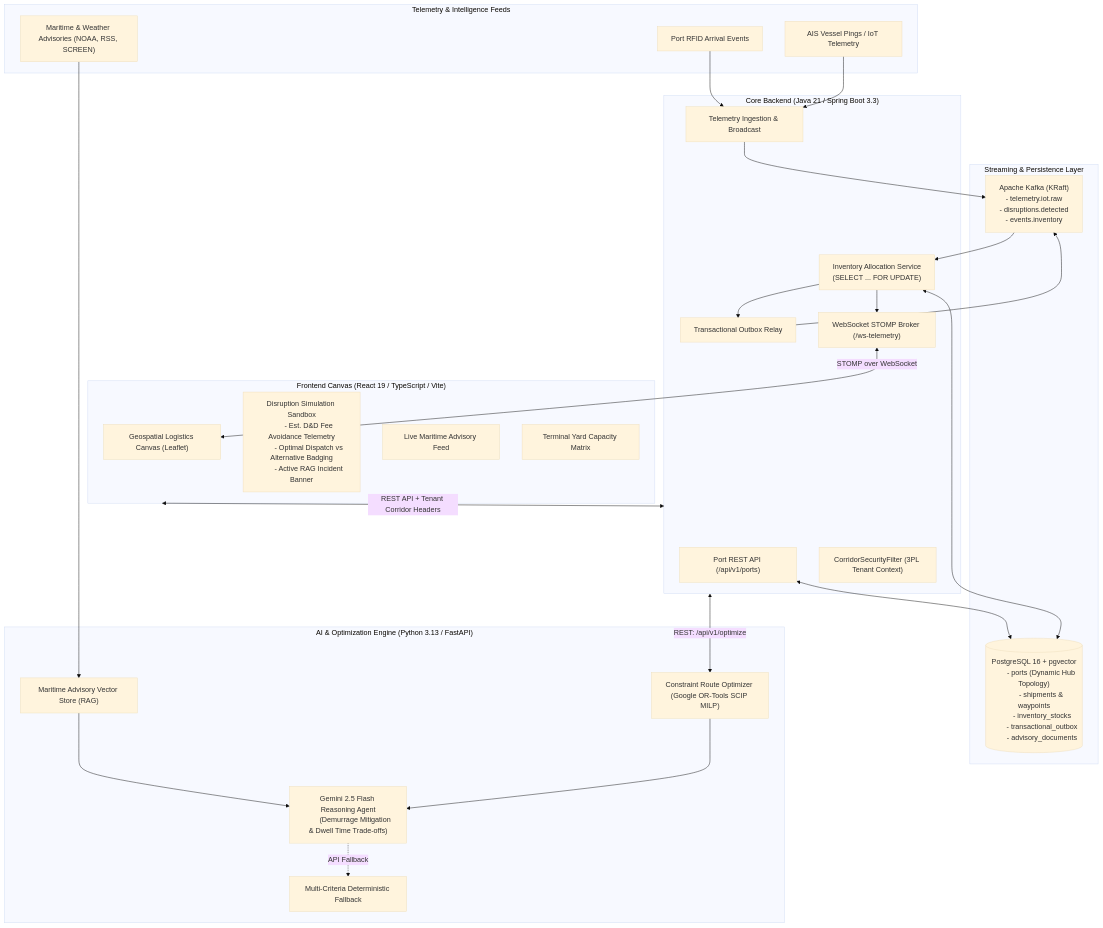
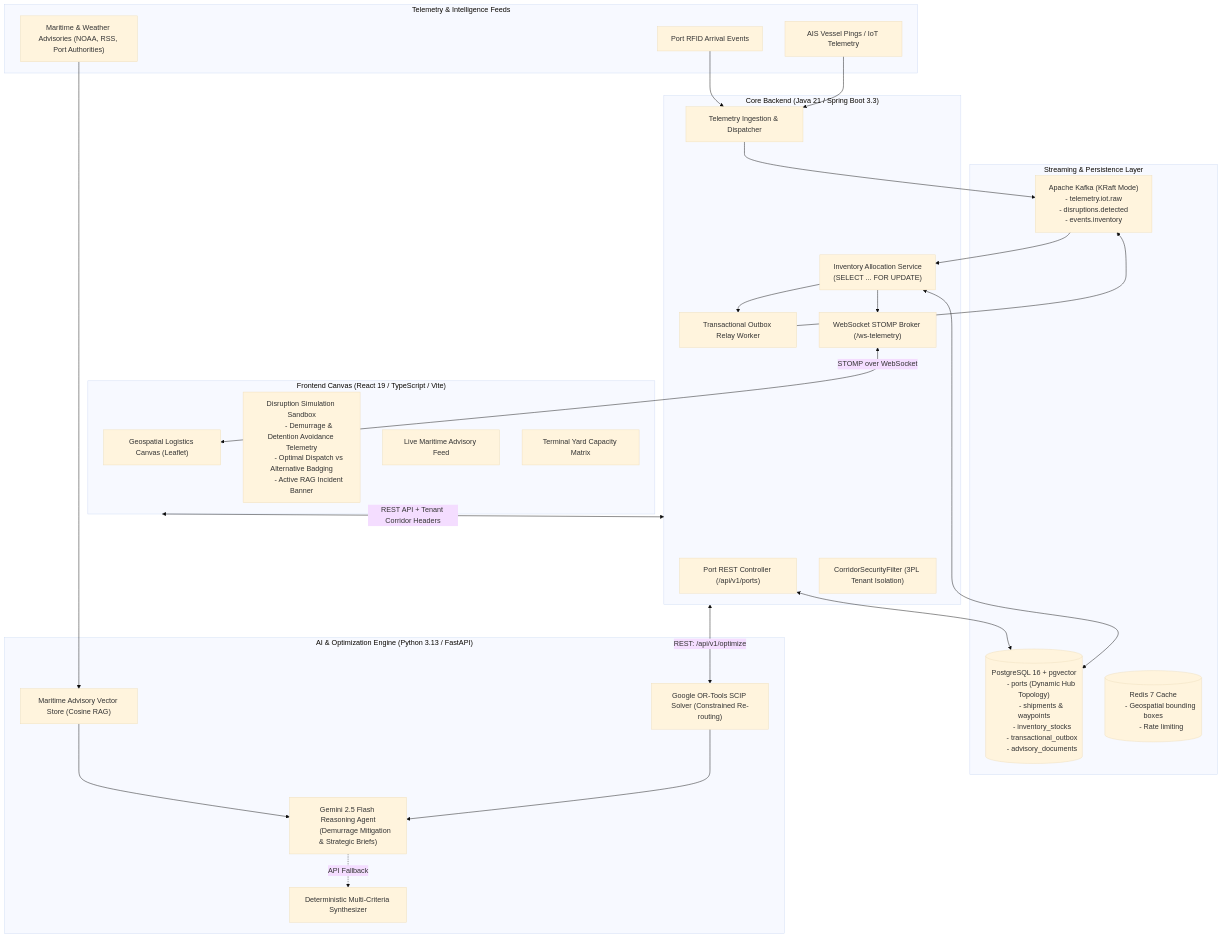
One commit to Harshabobbiti626/Supply-Chain-Copilot changed the first of 2 diagrams in README.md. Above: the diagram before and after it, drawn with Mermaid (base theme). The commit also changed other lines of this file and 4 other files, not shown here.

Commit message:
docs: enrich README showcase with role-based matrix, architecture sequence, and dashboard preview

````diff
--- a/README.md
+++ b/README.md
@@ -11,69 +47,74 @@
 ```mermaid
 flowchart TD
     subgraph ExternalFeeds["Telemetry & Intelligence Feeds"]
         AIS["AIS Vessel Pings / IoT Telemetry"]
         RFID["Port RFID Arrival Events"]
-        News["Maritime & Weather Advisories (NOAA, RSS, SCREEN)"]
+        Advisories["Maritime & Weather Advisories (NOAA, RSS, Port Authorities)"]
     end
 
-    subgraph MessagingStorage["Streaming & Persistence Layer"]
+    subgraph Persistence["Streaming & Persistence Layer"]
         Postgres[("PostgreSQL 16 + pgvector
         - ports (Dynamic Hub Topology)
         - shipments & waypoints
         - inventory_stocks
         - transactional_outbox
         - advisory_documents")]
-        Kafka["Apache Kafka (KRaft)
+        Kafka["Apache Kafka (KRaft Mode)
         - telemetry.iot.raw
         - disruptions.detected
         - events.inventory"]
+        Redis[("Redis 7 Cache
+        - Geospatial bounding boxes
+        - Rate limiting")]
     end
 
-    subgraph JavaCore["Core Backend (Java 21 / Spring Boot 3.3)"]
-        PortController["Port REST API (/api/v1/ports)"]
-        IngestionService["Telemetry Ingestion & Broadcast"]
-        TenantSecurity["CorridorSecurityFilter (3PL Tenant Context)"]
+    subgraph JavaBackend["Core Backend (Java 21 / Spring Boot 3.3)"]
+        PortCtrl["Port REST Controller (/api/v1/ports)"]
+        IngestService["Telemetry Ingestion & Dispatcher"]
+        TenantFilter["CorridorSecurityFilter (3PL Tenant Isolation)"]
         AllocService["Inventory Allocation Service
         (SELECT ... FOR UPDATE)"]
-        OutboxRelay["Transactional Outbox Relay"]
+        OutboxRelay["Transactional Outbox Relay Worker"]
         WSServer["WebSocket STOMP Broker (/ws-telemetry)"]
     end
 
     subgraph PythonAI["AI & Optimization Engine (Python 3.13 / FastAPI)"]
-        VectorRAG["Maritime Advisory Vector Store (RAG)"]
-        CPSATSolver["Constraint Route Optimizer (Google OR-Tools SCIP MILP)"]
-        LLMAgent["Gemini 2.5 Flash Reasoning Agent
-        (Demurrage Mitigation & Dwell Time Trade-offs)"]
-        FallbackAgent["Multi-Criteria Deterministic Fallback"]
+        VectorRAG["Maritime Advisory Vector Store (Cosine RAG)"]
+        MILPSolver["Google OR-Tools SCIP Solver (Constrained Re-routing)"]
+        GeminiAgent["Gemini 2.5 Flash Reasoning Agent
+        (Demurrage Mitigation & Strategic Briefs)"]
+        FallbackAgent["Deterministic Multi-Criteria Synthesizer"]
     end
 
     subgraph ReactUI["Frontend Canvas (React 19 / TypeScript / Vite)"]
         GeoCanvas["Geospatial Logistics Canvas (Leaflet)"]
         SimSandbox["Disruption Simulation Sandbox
-        - Est. D&D Fee Avoidance Telemetry
+        - Demurrage & Detention Avoidance Telemetry
         - Optimal Dispatch vs Alternative Badging
         - Active RAG Incident Banner"]
         DisruptionFeed["Live Maritime Advisory Feed"]
-        CapacityMatrix["Terminal Yard Capacity Matrix"]
+        YardMatrix["Terminal Yard Capacity Matrix"]
     end
 
-    %% Data flows
-    AIS --> IngestionService
-    RFID --> IngestionService
-    IngestionService --> Kafka
+    %% Ingestion flow
+    AIS --> IngestService
+    RFID --> IngestService
+    IngestService --> Kafka
     Kafka --> AllocService
     AllocService <--> Postgres
-    PortController <--> Postgres
+    PortCtrl <--> Postgres
     AllocService --> OutboxRelay
     OutboxRelay --> Kafka
     AllocService --> WSServer
 
-    News --> VectorRAG
-    JavaCore <-->|REST: /api/v1/optimize| CPSATSolver
-    CPSATSolver --> LLMAgent
-    VectorRAG --> LLMAgent
-    LLMAgent -.->|API Fallback| FallbackAgent
+    %% AI / Optimization flow
+    Advisories --> VectorRAG
+    JavaBackend <-->|REST: /api/v1/optimize| MILPSolver
+    MILPSolver --> GeminiAgent
+    VectorRAG --> GeminiAgent
+    GeminiAgent -.->|API Fallback| FallbackAgent
 
+    %% Client flow
     WSServer <-->|STOMP over WebSocket| GeoCanvas
-    ReactUI <-->|REST API + Tenant Corridor Headers| JavaCore
+    ReactUI <-->|REST API + Tenant Corridor Headers| JavaBackend
 ```
````
